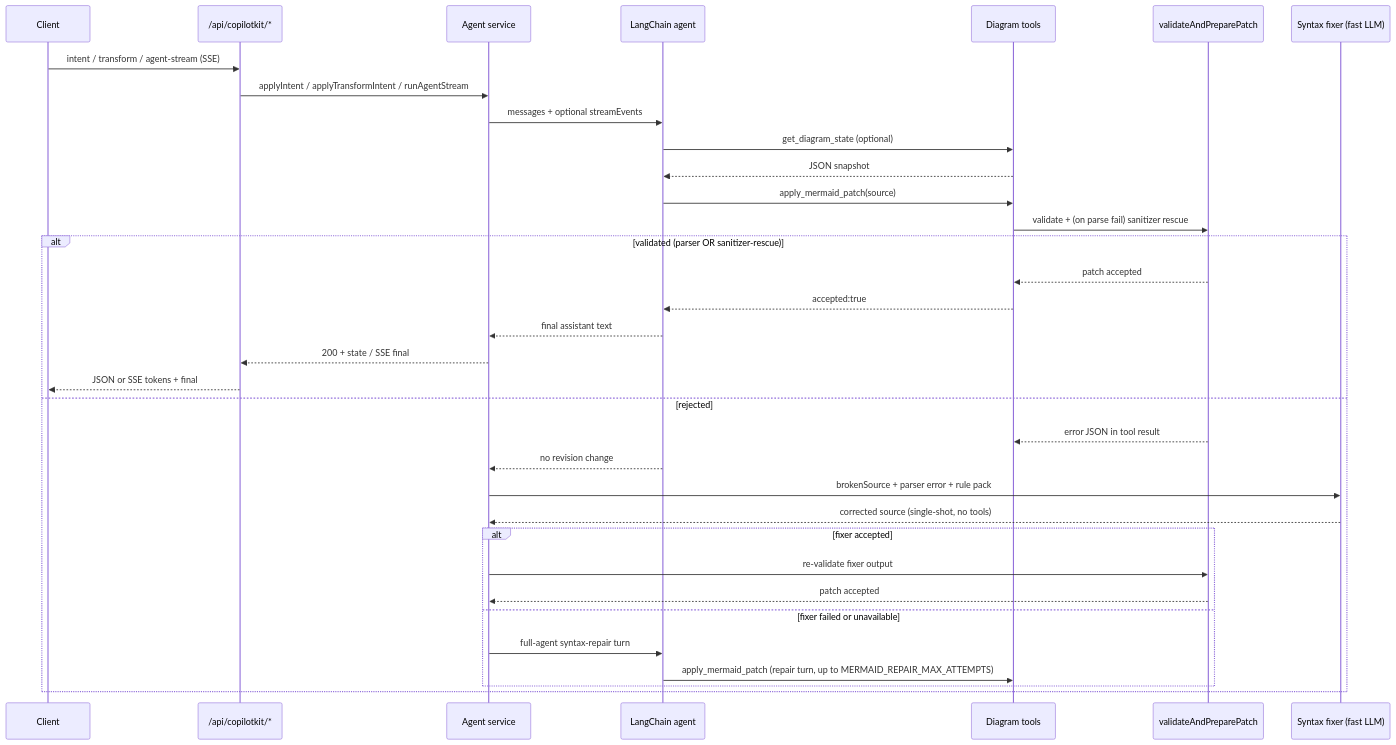
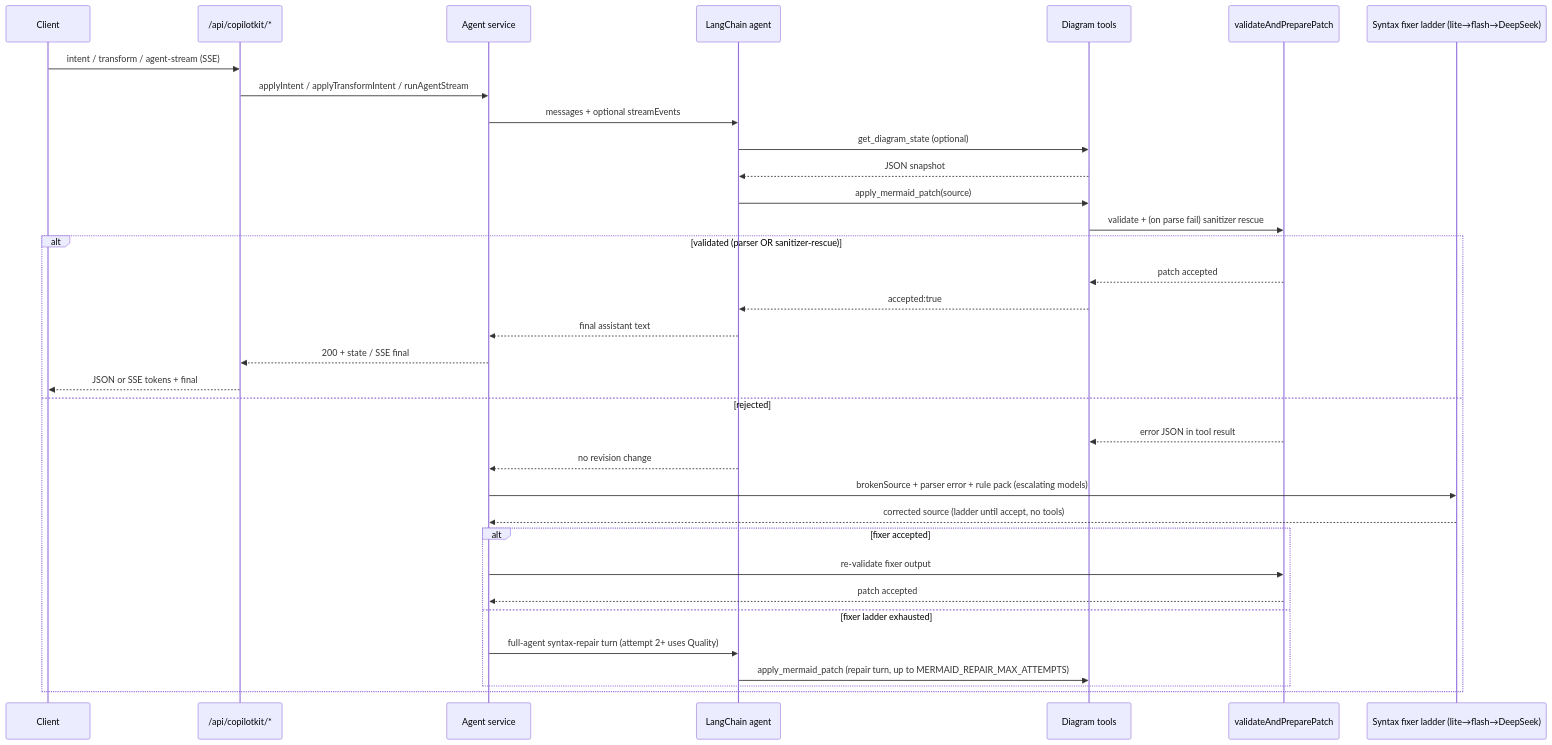
One commit to acuhlmann/mermaid-gen changed the first of 5 diagrams in docs/guide/validation.md. Above: the diagram before and after it, drawn with Mermaid. The commit also changed other lines of this file and 22 other files, not shown here.

First line of the commit message:
Escalate syntax fixers and agent repair toward stronger models

````diff
--- a/docs/guide/validation.md
+++ b/docs/guide/validation.md
@@ -7,37 +7,37 @@
 ```mermaid
 sequenceDiagram
   participant C as Client
   participant R as /api/copilotkit/*
   participant S as Agent service
   participant L as LangChain agent
   participant T as Diagram tools
   participant VRP as validateAndPreparePatch
-  participant Fix as Syntax fixer (fast LLM)
+  participant Fix as Syntax fixer ladder (lite→flash→DeepSeek)
 
   C->>R: intent / transform / agent-stream (SSE)
   R->>S: applyIntent / applyTransformIntent / runAgentStream
   S->>L: messages + optional streamEvents
   L->>T: get_diagram_state (optional)
   T-->>L: JSON snapshot
   L->>T: apply_mermaid_patch(source)
   T->>VRP: validate + (on parse fail) sanitizer rescue
   alt validated (parser OR sanitizer-rescue)
     VRP-->>T: patch accepted
     T-->>L: accepted:true
     L-->>S: final assistant text
     S-->>R: 200 + state / SSE final
     R-->>C: JSON or SSE tokens + final
   else rejected
     VRP-->>T: error JSON in tool result
     L-->>S: no revision change
-    S->>Fix: brokenSource + parser error + rule pack
-    Fix-->>S: corrected source (single-shot, no tools)
+    S->>Fix: brokenSource + parser error + rule pack (escalating models)
+    Fix-->>S: corrected source (ladder until accept, no tools)
     alt fixer accepted
       S->>VRP: re-validate fixer output
       VRP-->>S: patch accepted
-    else fixer failed or unavailable
-      S->>L: full-agent syntax-repair turn
+    else fixer ladder exhausted
+      S->>L: full-agent syntax-repair turn (attempt 2+ uses Quality)
       L->>T: apply_mermaid_patch (repair turn, up to MERMAID_REPAIR_MAX_ATTEMPTS)
     end
   end
 ```
````
